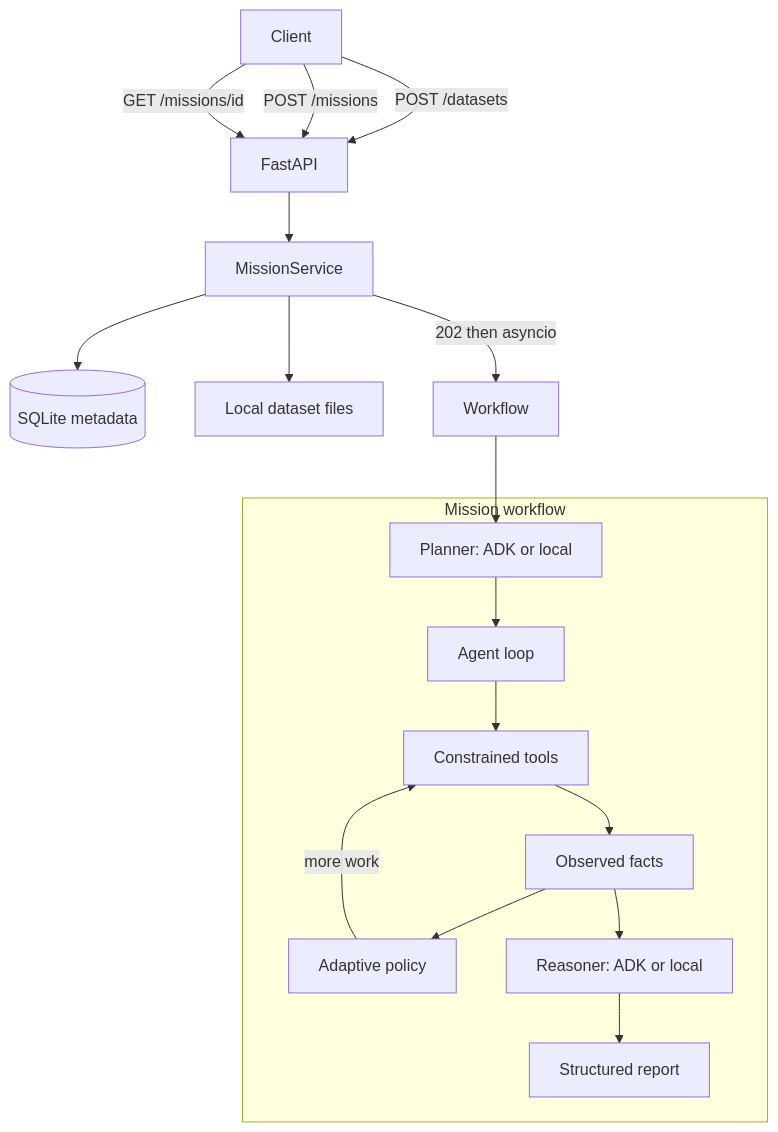
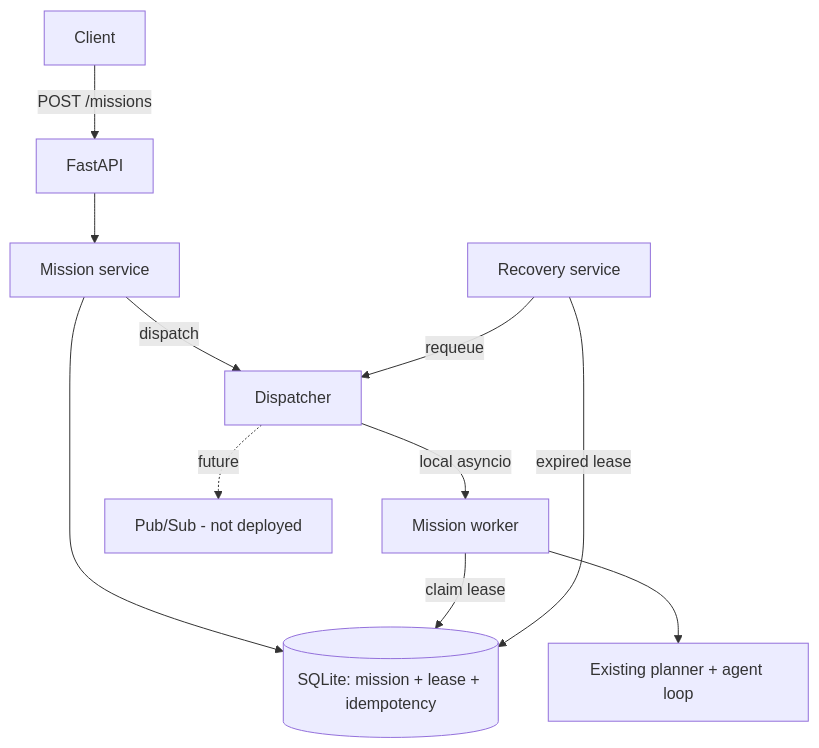
Before and after one commit to Dev-Aayush-Kumar/all-things-agentic-hackathon: the diagram in README.md, drawn with Mermaid. The commit also changed other lines of this file and 29 other files, not shown here.

````diff
--- a/README.md
+++ b/README.md
@@ -38,24 +40,13 @@
 ```mermaid
 flowchart TD
-    Client[Client] -->|POST /datasets| API[FastAPI]
-    Client -->|POST /missions| API
-    Client -->|GET /missions/id| API
-    API --> MissionService
-    MissionService --> SQLite[(SQLite metadata)]
-    MissionService --> Uploads[Local dataset files]
-    MissionService -->|202 then asyncio| Workflow
-
-    subgraph workflow [Mission workflow]
-        Planner[Planner: ADK or local]
-        Loop[Agent loop]
-        Planner --> Loop
-        Loop --> Tools[Constrained tools]
-        Tools --> Evidence[Observed facts]
-        Evidence --> Policy[Adaptive policy]
-        Policy -->|more work| Tools
-        Evidence --> Reasoner[Reasoner: ADK or local]
-        Reasoner --> Report[Structured report]
-    end
-
-    Workflow --> Planner
+    Client[Client] -->|POST /missions| API[FastAPI]
+    API --> Service[Mission service]
+    Service --> SQLite[(SQLite: mission + lease + idempotency)]
+    Service -->|dispatch| Dispatcher[Dispatcher]
+    Dispatcher -->|local asyncio| Worker[Mission worker]
+    Dispatcher -.->|future| PubSub[Pub/Sub - not deployed]
+    Worker -->|claim lease| SQLite
+    Worker --> Workflow[Existing planner + agent loop]
+    Recover[Recovery service] -->|expired lease| SQLite
+    Recover -->|requeue| Dispatcher
 ```
````
